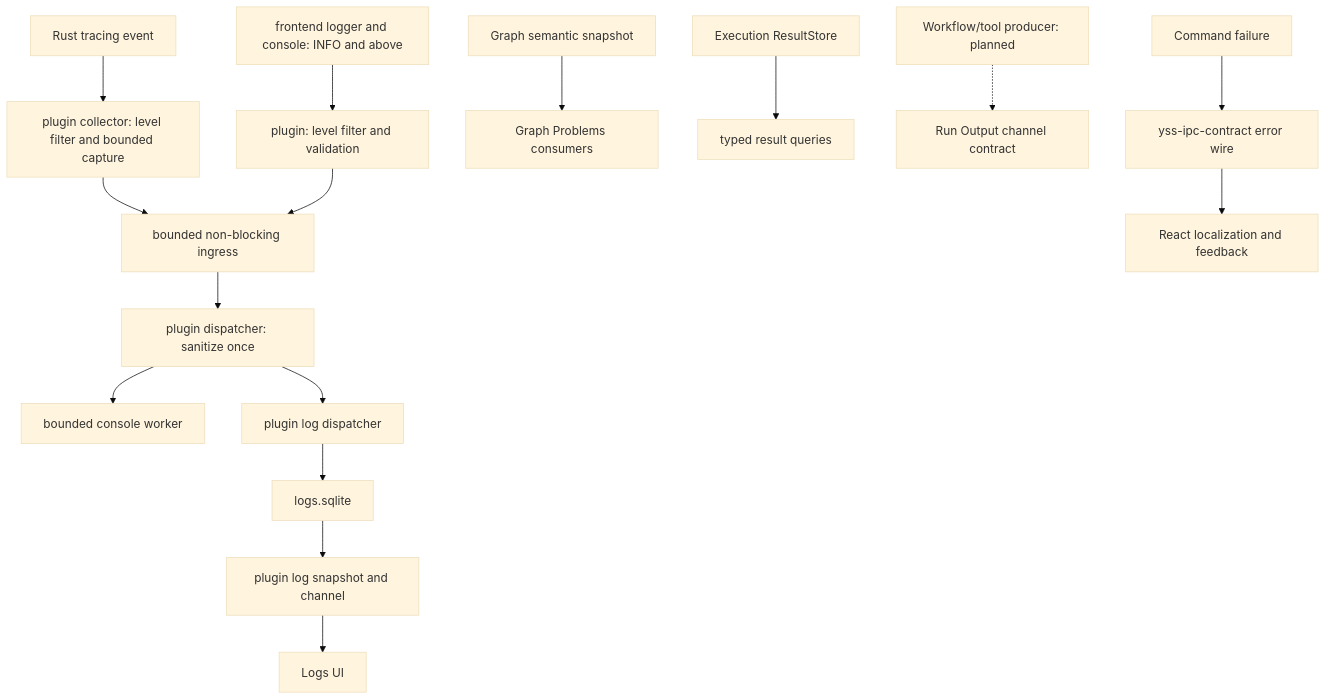
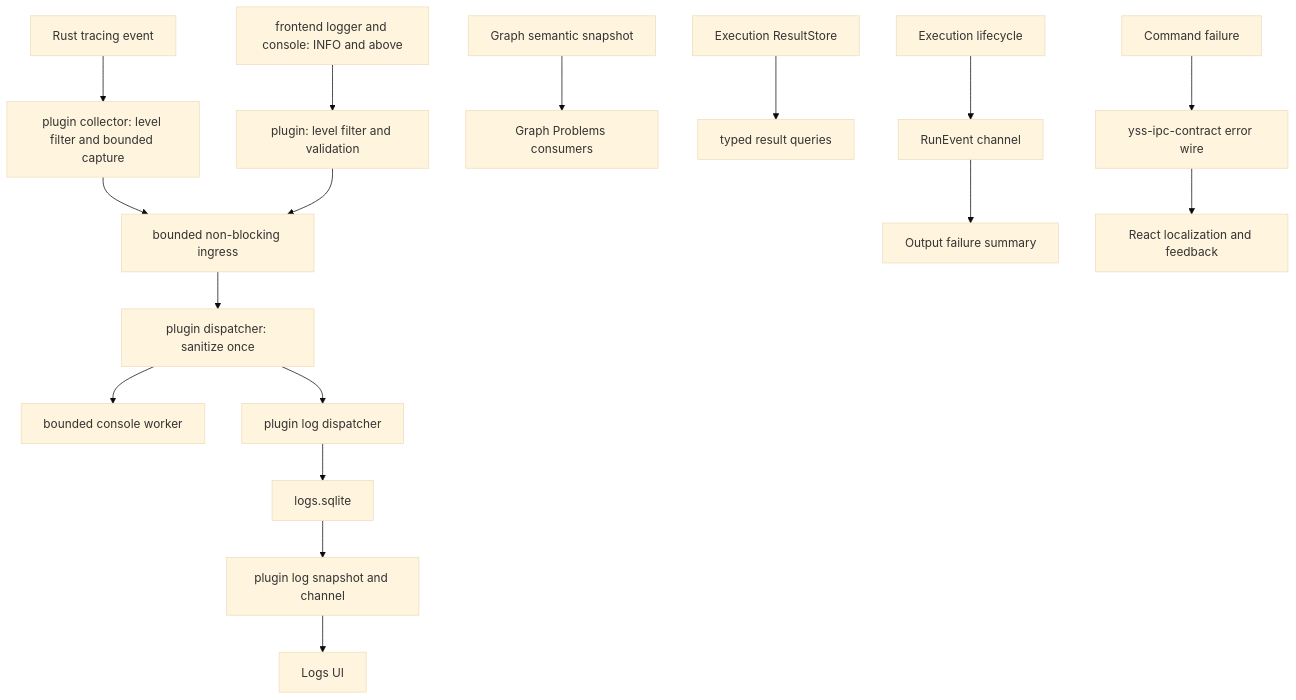
The diagram in docs/architecture/RUNTIME_SIGNALS.md (zhouyi207/YssBI), drawn with Mermaid (base theme) before and after one commit. The commit also changed other lines of this file and 7 other files, not shown here.

Commit message:
docs(architecture): describe result validity and run failure boundaries

````diff
--- a/docs/architecture/RUNTIME_SIGNALS.md
+++ b/docs/architecture/RUNTIME_SIGNALS.md
@@ -33,19 +33,20 @@
 ```mermaid
 flowchart TD
   TRACE[Rust tracing event] --> CAPTURE[plugin collector: level filter and bounded capture]
   CAPTURE --> INGRESS[bounded non-blocking ingress]
   INGRESS --> SANITIZE[plugin dispatcher: sanitize once]
   SANITIZE --> CONSOLE[bounded console worker]
   SANITIZE --> LOGPLUGIN[plugin log dispatcher]
   FELOG[frontend logger and console: INFO and above] --> FEVALIDATE[plugin: level filter and validation]
   FEVALIDATE --> INGRESS
   LOGPLUGIN --> SQLITE[logs.sqlite]
   SQLITE --> LOGCHANNEL[plugin log snapshot and channel]
   LOGCHANNEL --> LOGS[Logs UI]
 
   GRAPH[Graph semantic snapshot] --> PROBLEMS[Graph Problems consumers]
   RESULT[Execution ResultStore] --> RESULTQUERY[typed result queries]
-  PROGRAM[Workflow/tool producer: planned] -.-> OUTPUT[Run Output channel contract]
+  RUN[Execution lifecycle] --> RUNCHANNEL[RunEvent channel]
+  RUNCHANNEL --> OUTPUT[Output failure summary]
   FAILURE[Command failure] --> WIRE[yss-ipc-contract error wire]
   WIRE --> FEEDBACK[React localization and feedback]
 ```
````
